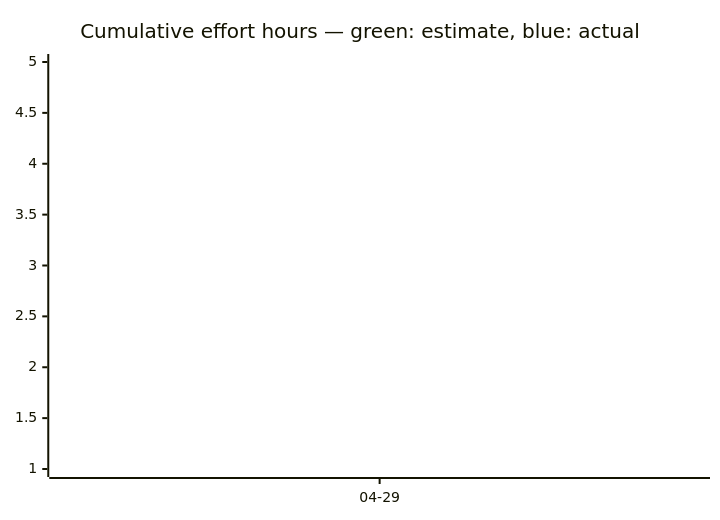
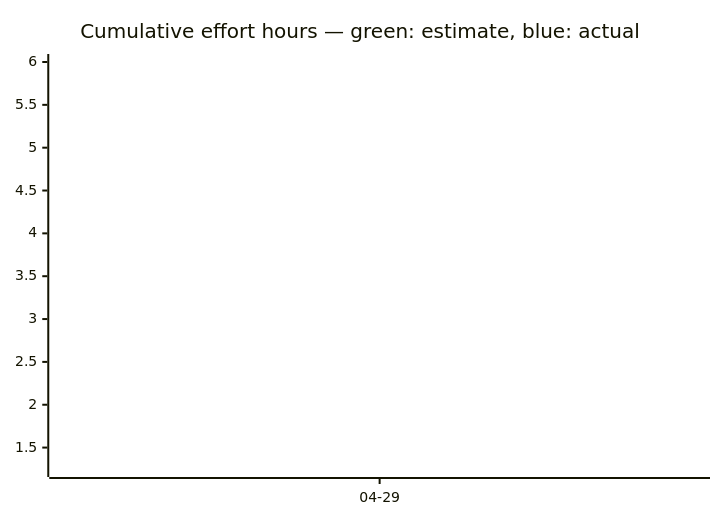
The third of 3 diagrams in docs/developers/tasks/OVERVIEW.md (tgd1975/AwesomeStudioPedal), drawn with Mermaid before and after one commit. The commit also changed other lines of this file and 8 other files, not shown here.

````diff
--- a/docs/developers/tasks/OVERVIEW.md
+++ b/docs/developers/tasks/OVERVIEW.md
@@ -38,7 +38,7 @@
 ```mermaid
 xychart-beta
     title "Cumulative effort hours — green: estimate, blue: actual"
     x-axis ["04-29"]
-    line [5]
-    line [1]
+    line [6]
+    line [1.25]
 ```
````
